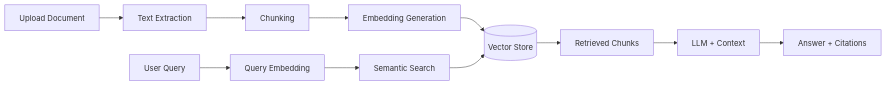
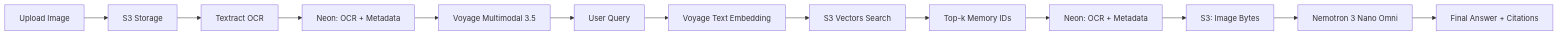
Before and after one commit to a-y-a-n-das/Remora: the first of 2 diagrams in README.md, drawn with Mermaid. The commit also changed other lines of this file, not shown here.

Commit message:
update README for current architecture

````diff
--- a/README.md
+++ b/README.md
@@ -23,13 +23,15 @@
 ```mermaid
 flowchart LR
-    A[Upload Document] --> B[Text Extraction]
-    B --> C[Chunking]
-    C --> D[Embedding Generation]
-    D --> E[(Vector Store)]
-    F[User Query] --> G[Query Embedding]
-    G --> H[Semantic Search]
-    H --> E
-    E --> I[Retrieved Chunks]
-    I --> J[LLM + Context]
-    J --> K[Answer + Citations]
+    A[Upload Image] --> B[S3 Storage]
+    B --> C[Textract OCR]
+    C --> D[Neon: OCR + Metadata]
+    D --> E[Voyage Multimodal 3.5]
+    E --> F[(S3 Vectors)]
+    F[User Query] --> G[Voyage Text Embedding]
+    G --> H[S3 Vectors Search]
+    H --> I[Top-k Memory IDs]
+    I --> J[Neon: OCR + Metadata]
+    J --> K[S3: Image Bytes]
+    K --> L[Nemotron 3 Nano Omni]
+    L --> M[Final Answer + Citations]
 ```
````
